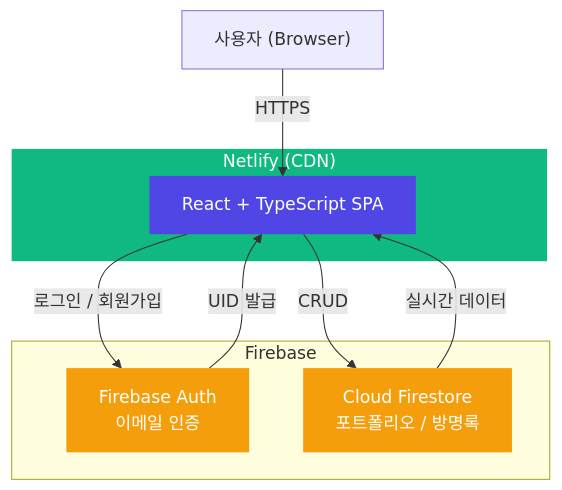
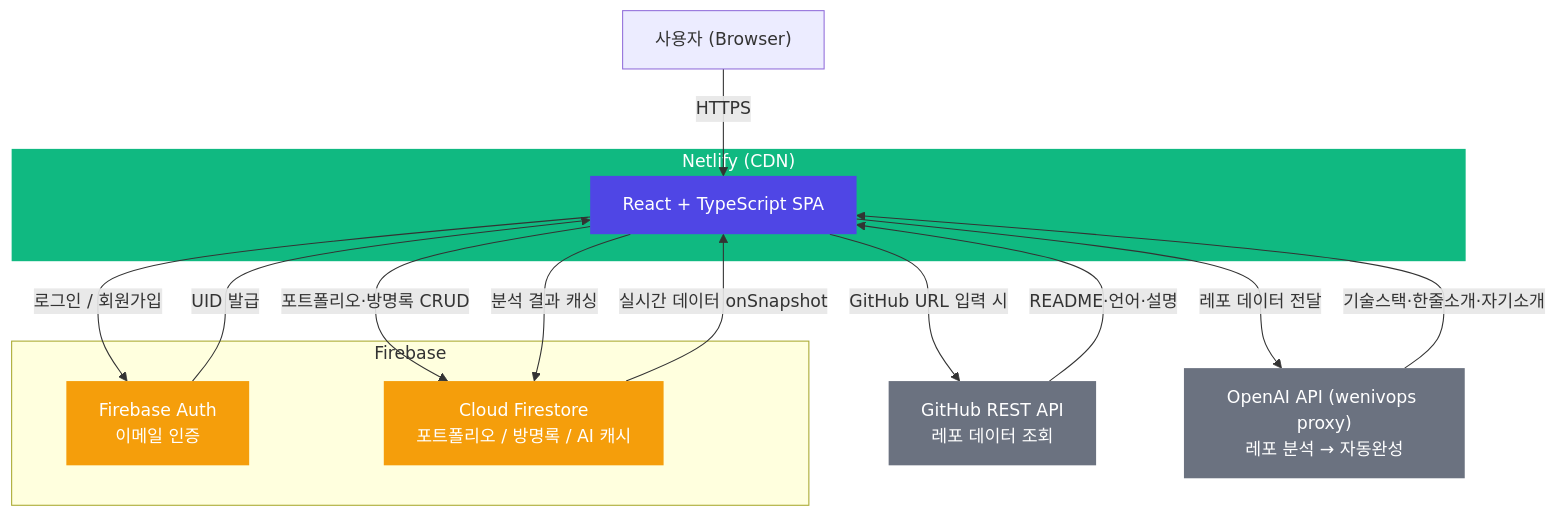
Before and after one commit to front-jeju/devshelf: the fourth of 7 diagrams in README.md, drawn with Mermaid. The commit also changed other lines of this file, not shown here.

````diff
--- a/README.md
+++ b/README.md
@@ -312,27 +395,37 @@
 ```mermaid
 graph TD
     User["사용자 (Browser)"]
 
     subgraph Netlify["Netlify (CDN)"]
         React["React + TypeScript SPA"]
     end
 
     subgraph Firebase["Firebase"]
         Auth["Firebase Auth\n이메일 인증"]
-        Firestore["Cloud Firestore\n포트폴리오 / 방명록"]
+        Firestore["Cloud Firestore\n포트폴리오 / 방명록 / AI 캐시"]
     end
+
+    GithubAPI["GitHub REST API\n레포 데이터 조회"]
+    OpenAI["OpenAI API (wenivops proxy)\n레포 분석 → 자동완성"]
 
     User -->|HTTPS| React
     React -->|로그인 / 회원가입| Auth
     Auth -->|UID 발급| React
-    React -->|CRUD| Firestore
-    Firestore -->|실시간 데이터| React
+    React -->|포트폴리오·방명록 CRUD| Firestore
+    Firestore -->|실시간 데이터 onSnapshot| React
+    React -->|GitHub URL 입력 시| GithubAPI
+    GithubAPI -->|README·언어·설명| React
+    React -->|레포 데이터 전달| OpenAI
+    OpenAI -->|기술스택·한줄소개·자기소개| React
+    React -->|분석 결과 캐싱| Firestore
 
     classDef frontend fill:#4F46E5,color:#fff,stroke:none
     classDef firebase fill:#F59E0B,color:#fff,stroke:none
     classDef deploy fill:#10B981,color:#fff,stroke:none
+    classDef external fill:#6B7280,color:#fff,stroke:none
 
     class React frontend
     class Auth,Firestore firebase
     class Netlify deploy
+    class GithubAPI,OpenAI external
 ```
````
